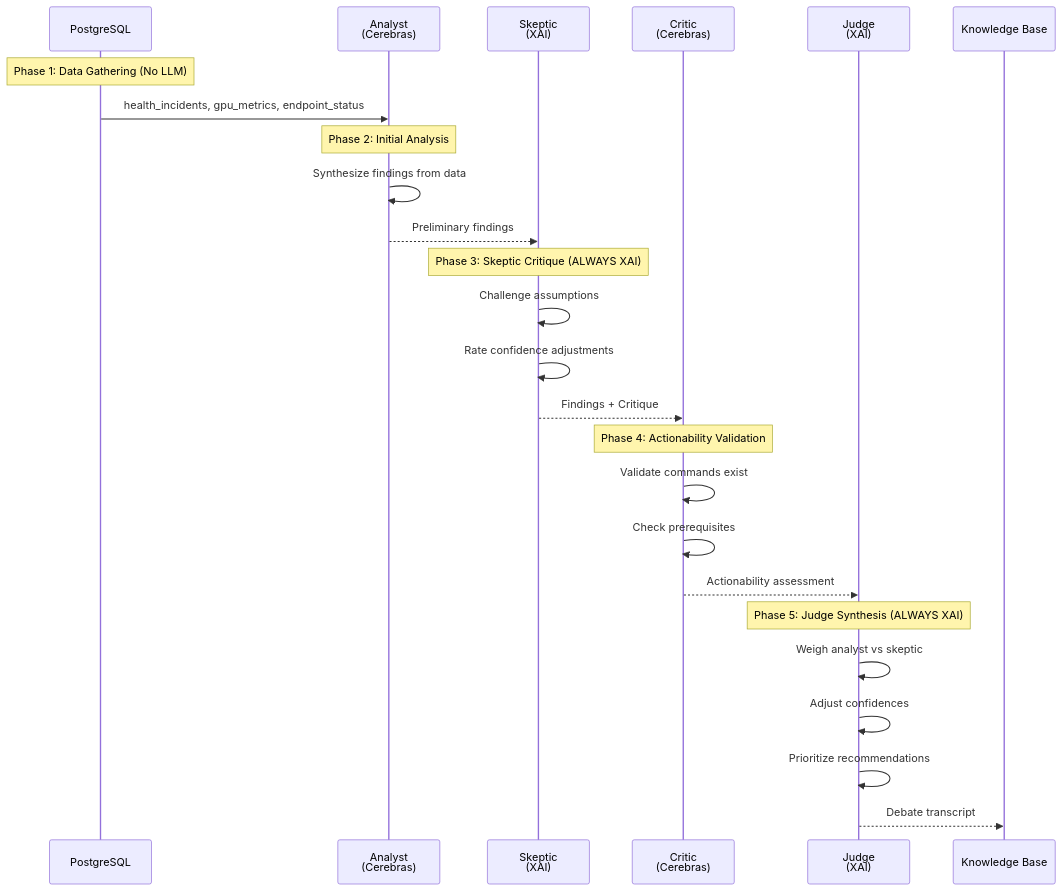
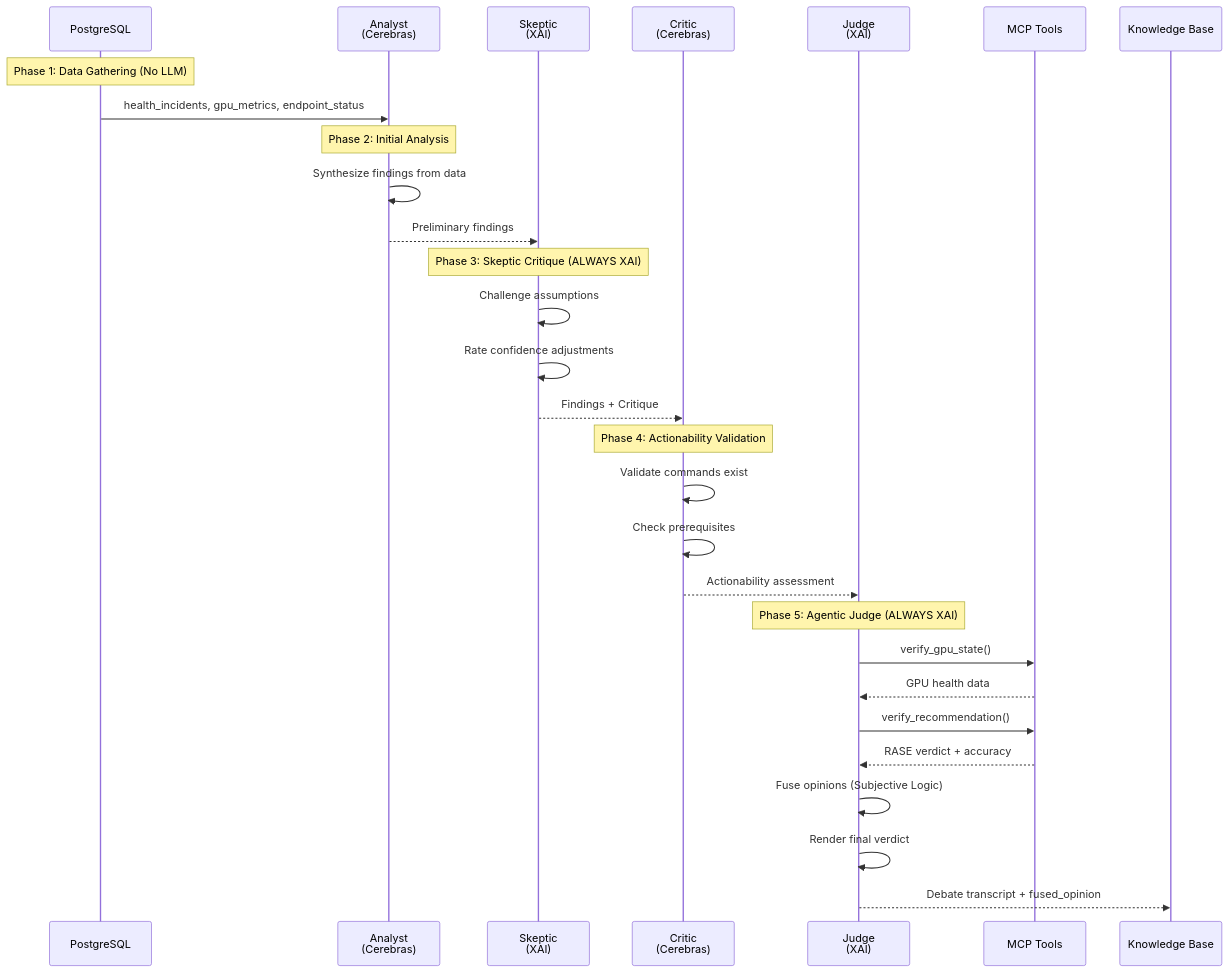
One commit to zndx/gaius changed the second of 2 diagrams in src/gaius/engine/services/METAAGENT.md. Above: the diagram before and after it, drawn with Mermaid. The commit also changed other lines of this file and 4 other files, not shown here.

First line of the commit message:
feat(metaagent): implement Agentic Judge Phase with tool calling

````diff
--- a/src/gaius/engine/services/METAAGENT.md
+++ b/src/gaius/engine/services/METAAGENT.md
@@ -70,32 +70,36 @@
 ```mermaid
 sequenceDiagram
     participant DB as PostgreSQL
     participant A as Analyst<br/>(Cerebras)
     participant S as Skeptic<br/>(XAI)
     participant C as Critic<br/>(Cerebras)
     participant J as Judge<br/>(XAI)
+    participant MCP as MCP Tools
     participant KB as Knowledge Base
 
     Note over DB: Phase 1: Data Gathering (No LLM)
     DB->>A: health_incidents, gpu_metrics, endpoint_status
 
     Note over A: Phase 2: Initial Analysis
     A->>A: Synthesize findings from data
     A-->>S: Preliminary findings
 
     Note over S: Phase 3: Skeptic Critique (ALWAYS XAI)
     S->>S: Challenge assumptions
     S->>S: Rate confidence adjustments
     S-->>C: Findings + Critique
 
     Note over C: Phase 4: Actionability Validation
     C->>C: Validate commands exist
     C->>C: Check prerequisites
     C-->>J: Actionability assessment
 
-    Note over J: Phase 5: Judge Synthesis (ALWAYS XAI)
-    J->>J: Weigh analyst vs skeptic
-    J->>J: Adjust confidences
-    J->>J: Prioritize recommendations
-    J-->>KB: Debate transcript
+    Note over J: Phase 5: Agentic Judge (ALWAYS XAI)
+    J->>MCP: verify_gpu_state()
+    MCP-->>J: GPU health data
+    J->>MCP: verify_recommendation()
+    MCP-->>J: RASE verdict + accuracy
+    J->>J: Fuse opinions (Subjective Logic)
+    J->>J: Render final verdict
+    J-->>KB: Debate transcript + fused_opinion
 ```
````
